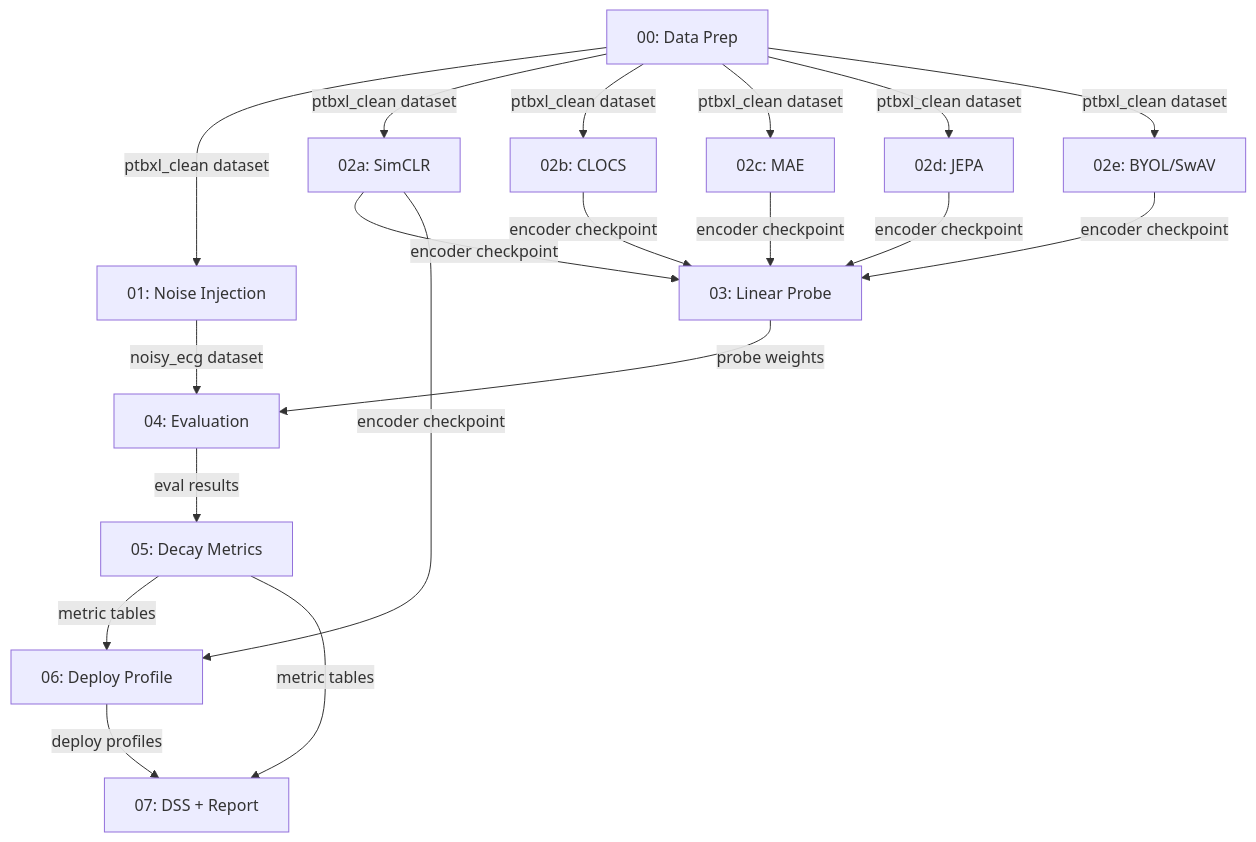
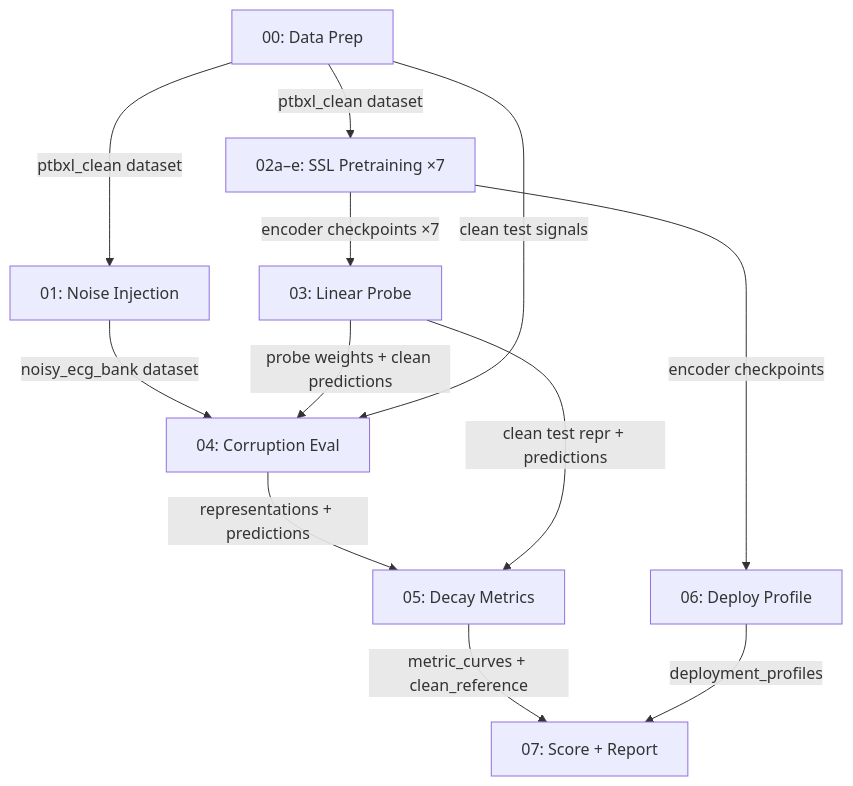
Before and after one commit to sudouserx/Representation-Decay-in-Self-Supervised-ECG-Models-Under-Graded-Noise: the diagram in README.md, drawn with Mermaid. The commit also changed other lines of this file, not shown here.

Commit message:
docs : update based on diagram changes

````diff
--- a/README.md
+++ b/README.md
@@ -11,21 +107,14 @@
 ```mermaid
 graph TD
     S00["00: Data Prep"] -->|ptbxl_clean dataset| S01["01: Noise Injection"]
-    S01 -->|noisy_ecg dataset| S04["04: Evaluation"]
-    S00 -->|ptbxl_clean dataset| S02a["02a: SimCLR"]
-    S00 -->|ptbxl_clean dataset| S02b["02b: CLOCS"]
-    S00 -->|ptbxl_clean dataset| S02c["02c: MAE"]
-    S00 -->|ptbxl_clean dataset| S02d["02d: JEPA"]
-    S00 -->|ptbxl_clean dataset| S02e["02e: BYOL/SwAV"]
-    S02a -->|encoder checkpoint| S03["03: Linear Probe"]
-    S02b -->|encoder checkpoint| S03
-    S02c -->|encoder checkpoint| S03
-    S02d -->|encoder checkpoint| S03
-    S02e -->|encoder checkpoint| S03
-    S03 -->|probe weights| S04
-    S04 -->|eval results| S05["05: Decay Metrics"]
-    S05 -->|metric tables| S06["06: Deploy Profile"]
-    S02a -->|encoder checkpoint| S06
-    S06 -->|deploy profiles| S07["07: DSS + Report"]
-    S05 -->|metric tables| S07
+    S01 -->|noisy_ecg_bank dataset| S04["04: Corruption Eval"]
+    S00 -->|ptbxl_clean dataset| S02a["02a–e: SSL Pretraining ×7"]
+    S02a -->|encoder checkpoints ×7| S03["03: Linear Probe"]
+    S02a -->|encoder checkpoints| S06["06: Deploy Profile"]
+    S03 -->|probe weights + clean predictions| S04
+    S00 -->|clean test signals| S04
+    S04 -->|representations + predictions| S05["05: Decay Metrics"]
+    S03 -->|clean test repr + predictions| S05
+    S05 -->|metric_curves + clean_reference| S07["07: Score + Report"]
+    S06 -->|deployment_profiles| S07
 ```
````
